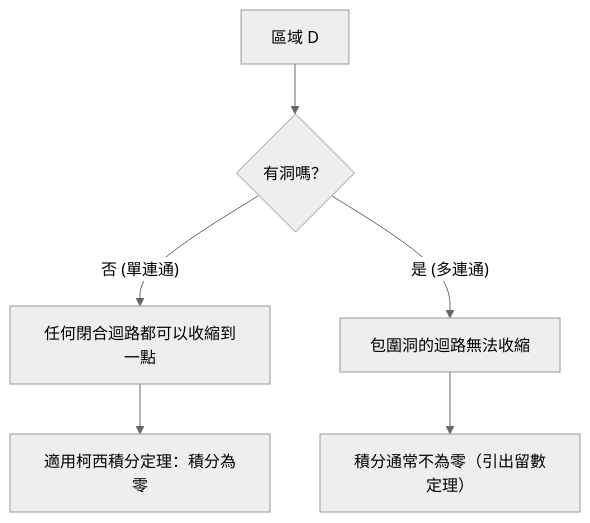
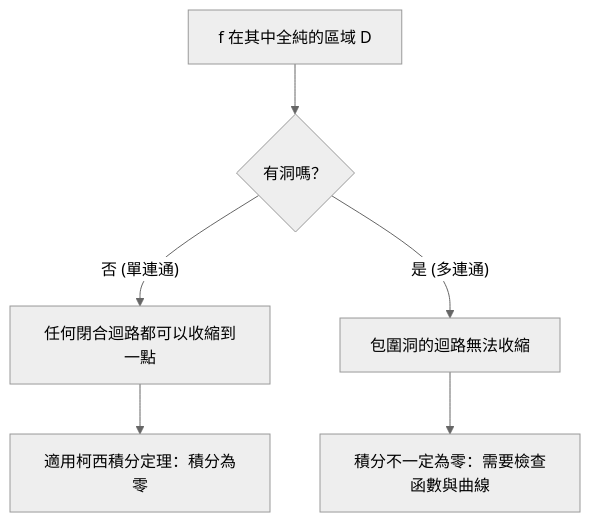
One commit to kenjinote/blog changed the diagram in content/post/cauchys-integral-theorem/index.zh-tw.md. Above: the diagram before and after it, drawn with Mermaid (neutral theme). The commit also changed other lines of this file and 9 other files, not shown here.

````diff
--- a/content/post/cauchys-integral-theorem/index.zh-tw.md
+++ b/content/post/cauchys-integral-theorem/index.zh-tw.md
@@ -95,8 +95,8 @@
 ```mermaid
 flowchart TD
-    A["區域 D"] --> B{"有洞嗎？"}
+    A["f 在其中全純的區域 D"] --> B{"有洞嗎？"}
     B -->|"否 (單連通)"| C["任何閉合迴路都可以收縮到一點"]
     C --> D["適用柯西積分定理：積分為零"]
     B -->|"是 (多連通)"| E["包圍洞的迴路無法收縮"]
-    E --> F["積分通常不為零（引出留數定理）"]
+    E --> F["積分不一定為零：需要檢查函數與曲線"]
 ```
````
